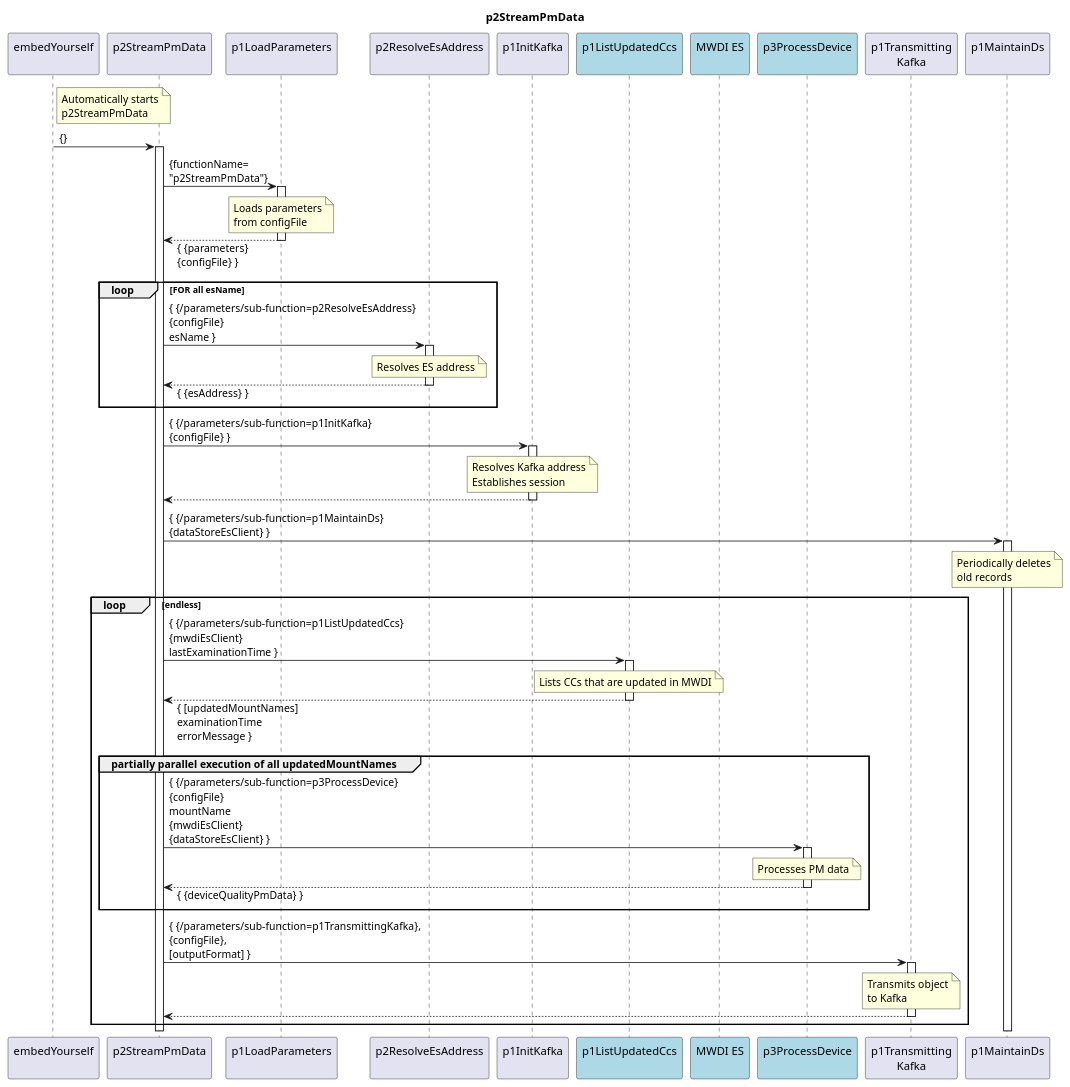
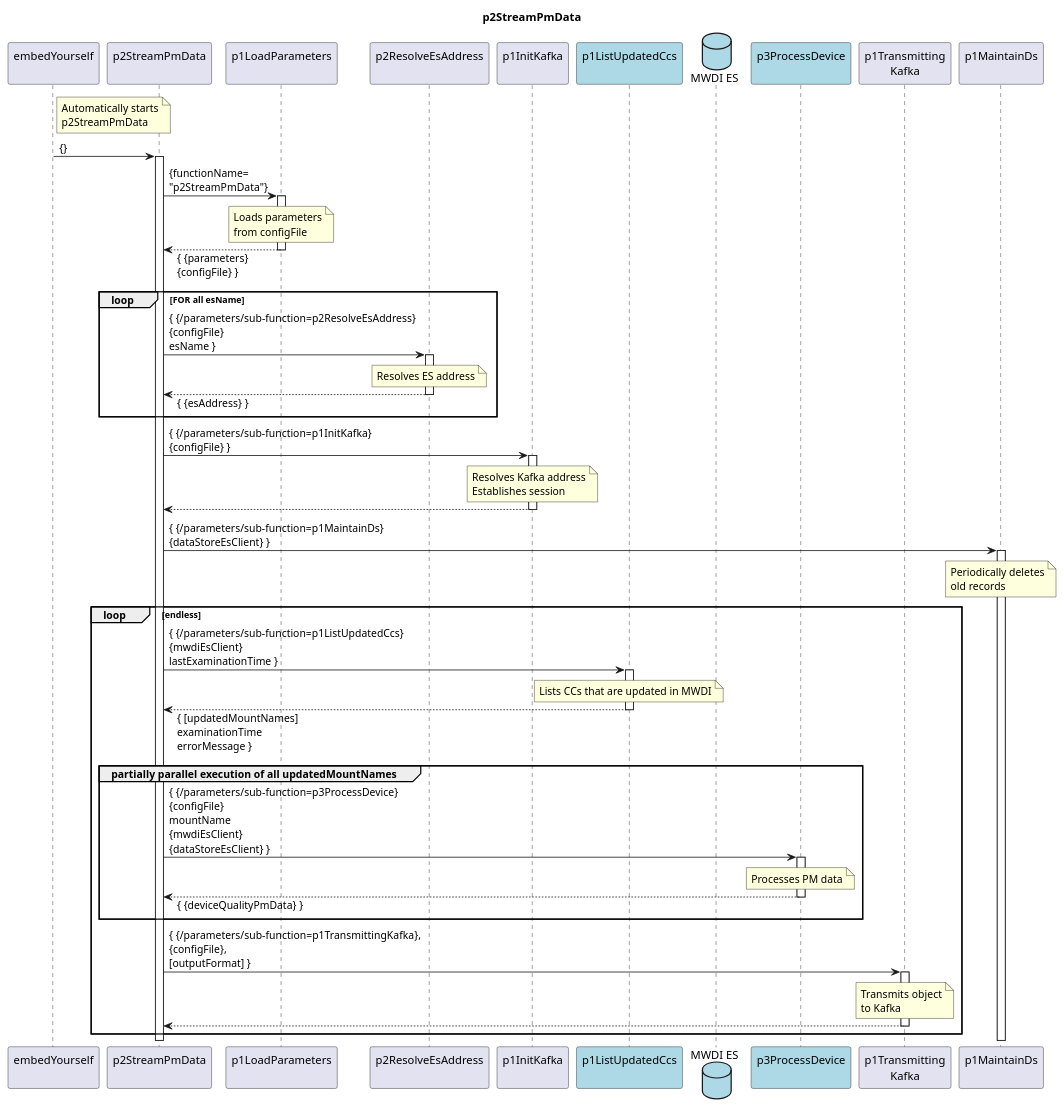
One commit to openBackhaul/DevicePerformanceManagementDataProcessor changed the diagram in spec/Functions/p2StreamPmData/1.1.0/p2StreamPmData.plantuml. Above: the diagram before and after it, drawn with PlantUML. The commit also changed 3 other files, not shown here.

Commit message:
fixed errors in diagrams

```diff
--- a/spec/Functions/p2StreamPmData/1.1.0/p2StreamPmData.plantuml
+++ b/spec/Functions/p2StreamPmData/1.1.0/p2StreamPmData.plantuml
@@ -1,102 +1,102 @@
 @startuml p2StreamPmData
 skinparam responseMessageBelowArrow true
 
 title
   p2StreamPmData
 end title
 
 participant "embedYourself\n" as embed
 participant "p2StreamPmData\n" as p2Stream
 participant "p1LoadParameters\n" as p1LP
 participant "p2ResolveEsAddress\n" as p1REA
 participant "p1InitKafka\n" as p1InitKafka
 participant "p1ListUpdatedCcs\n" as p1UpdatedCcs #LightBlue
-participant "MWDI ES\n" as mwdi #LightBlue
+database "MWDI ES" as mwdi #LightBlue
 participant "p3ProcessDevice\n" as p3ProcessDev #LightBlue
 participant "p1Transmitting\nKafka" as p1Trans
 participant "p1MaintainDs\n" as p1MDS
 
 note right embed
   Automatically starts
   p2StreamPmData
 end note
 embed -> p2Stream : {}
 activate p2Stream
 
   ' load parameters
   p2Stream -> p1LP : {functionName=\n"p2StreamPmData"}
   activate p1LP
     note over p1LP
       Loads parameters
       from configFile
     end note
   p2Stream <-- p1LP : { {parameters}\n{configFile} }
   deactivate p1LP
 
   ' resolve ES addresses
   loop FOR all esName
     p2Stream -> p1REA : { {/parameters/sub-function=p2ResolveEsAddress}\n{configFile}\nesName }
     activate p1REA
       note over p1REA
         Resolves ES address
       end note
     p2Stream <-- p1REA : { {esAddress} }
     deactivate p1REA
   end loop
 
     ' init Kafka
     p2Stream -> p1InitKafka : { {/parameters/sub-function=p1InitKafka}\n{configFile} }
     activate p1InitKafka
 
       note over p1InitKafka
         Resolves Kafka address
         Establishes session
       end note
 
     p2Stream <-- p1InitKafka
     deactivate p1InitKafka
 
 
   ' maintainDS
   p2Stream -> p1MDS : { {/parameters/sub-function=p1MaintainDs}\n{dataStoreEsClient} }
   activate p1MDS
     note over p1MDS
       Periodically deletes
       old records
     end note
 
   loop endless
 
     ' replicate MWDI ES - to be replaced
     p2Stream -> p1UpdatedCcs : { {/parameters/sub-function=p1ListUpdatedCcs}\n{mwdiEsClient}\nlastExaminationTime }
     activate p1UpdatedCcs
       note over p1UpdatedCcs
         Lists CCs that are updated in MWDI
       end note
     p2Stream <-- p1UpdatedCcs : { [updatedMountNames]\nexaminationTime\nerrorMessage }
     deactivate p1UpdatedCcs
   
     group partially parallel execution of all updatedMountNames
       p2Stream -> p3ProcessDev : { {/parameters/sub-function=p3ProcessDevice}\n{configFile}\nmountName\n{mwdiEsClient}\n{dataStoreEsClient} }
       activate p3ProcessDev
         note over p3ProcessDev
           Processes PM data
         end note
       p2Stream <-- p3ProcessDev: { {deviceQualityPmData} }
       deactivate p3ProcessDev
     end group
 
   p2Stream -> p1Trans : { {/parameters/sub-function=p1TransmittingKafka},\n{configFile},\n[outputFormat] }
   activate p1Trans
 
     note over p1Trans
       Transmits object
       to Kafka
     end note
 
   p2Stream <-- p1Trans
   deactivate p1Trans
 
   end loop
 
 @enduml
```
